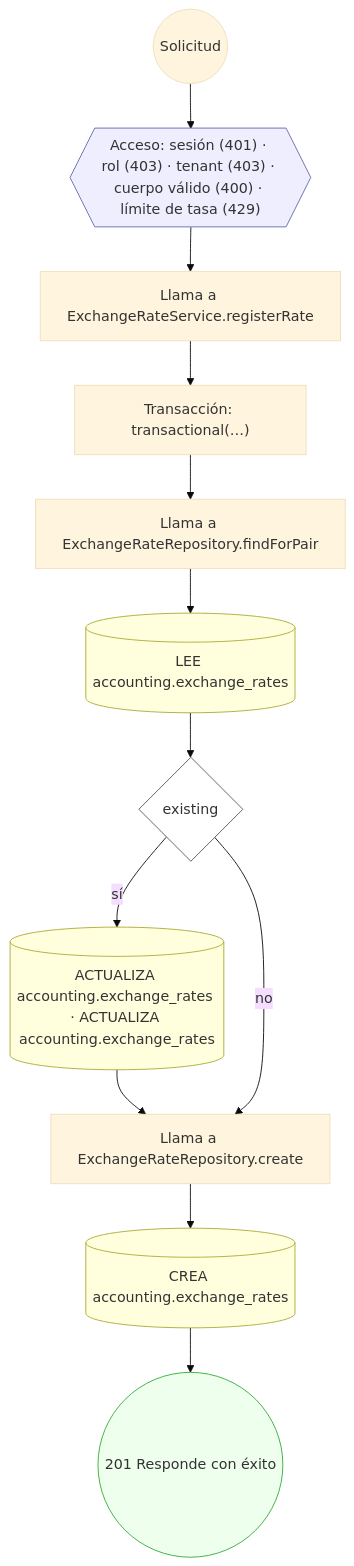
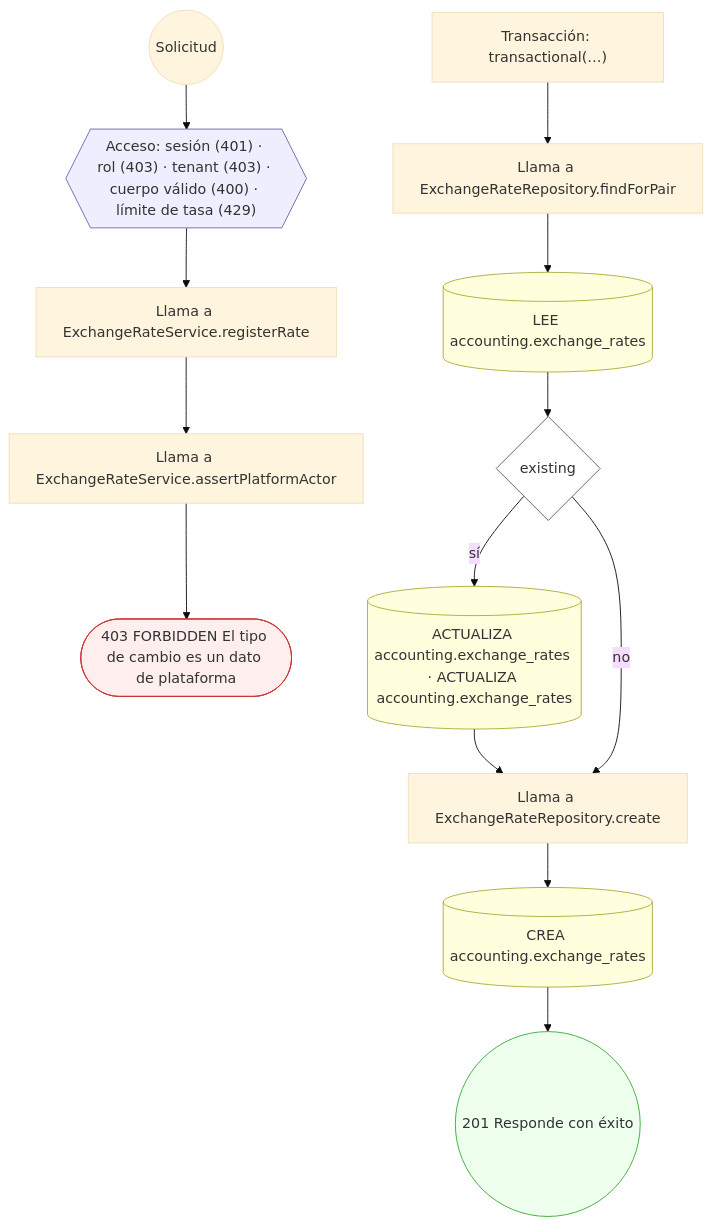
One commit to mdavila-2001/mantra-core-health-api changed diagram 16 of 48 in docs/inventario/flujos/accounting.md. Above: the diagram before and after it, drawn with Mermaid (base theme). The commit also changed other lines of this file and 438 other files, not shown here.

````diff
--- a/docs/inventario/flujos/accounting.md
+++ b/docs/inventario/flujos/accounting.md
@@ -1374,31 +1524,34 @@
 ```mermaid
 flowchart TD
   n1(("Solicitud")):::inicio
   n2{{"Acceso: sesión (401) · rol (403) · tenant (403) · cuerpo válido (400) · límite de tasa (429)"}}:::acceso
   n1 --> n2
   n3["Llama a ExchangeRateService.registerRate"]:::llamada
   n2 --> n3
-  n4["Transacción: transactional(…)"]:::transaccion
+  n4["Llama a ExchangeRateService.assertPlatformActor"]:::llamada
   n3 --> n4
-  n5["Llama a ExchangeRateRepository.findForPair"]:::llamada
+  n5(["403 FORBIDDEN El tipo de cambio es un dato de plataforma"]):::error
   n4 --> n5
-  n6[("LEE accounting.exchange_rates")]:::efecto
-  n5 --> n6
-  n7{"existing"}:::decision
+  n6["Transacción: transactional(…)"]:::transaccion
+  n7["Llama a ExchangeRateRepository.findForPair"]:::llamada
   n6 --> n7
-  n8[("ACTUALIZA accounting.exchange_rates · ACTUALIZA accounting.exchange_rates")]:::efecto
-  n7 -->|"sí"| n8
-  n9["Llama a ExchangeRateRepository.create"]:::llamada
+  n8[("LEE accounting.exchange_rates")]:::efecto
+  n7 --> n8
+  n9{"existing"}:::decision
   n8 --> n9
-  n7 -->|"no"| n9
-  n10[("CREA accounting.exchange_rates")]:::efecto
-  n9 --> n10
-  n11(("201 Responde con éxito")):::ok
+  n10[("ACTUALIZA accounting.exchange_rates · ACTUALIZA accounting.exchange_rates")]:::efecto
+  n9 -->|"sí"| n10
+  n11["Llama a ExchangeRateRepository.create"]:::llamada
   n10 --> n11
+  n9 -->|"no"| n11
+  n12[("CREA accounting.exchange_rates")]:::efecto
+  n11 --> n12
+  n13(("201 Responde con éxito")):::ok
+  n12 --> n13
   classDef acceso fill:#eef,stroke:#66a
   classDef error fill:#fee,stroke:#c33
   classDef ok fill:#efe,stroke:#3a3
   classDef efecto fill:#ffd,stroke:#aa3
   classDef decision fill:#fff,stroke:#555
   classDef corte fill:#eee,stroke:#999,stroke-dasharray: 4
 ```
````
